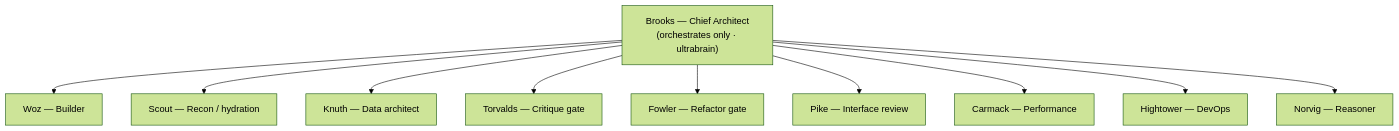
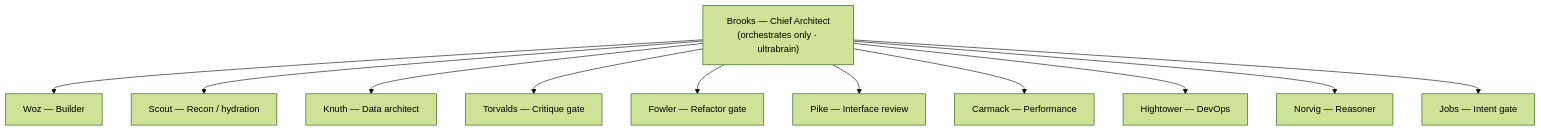
One commit to Allura-Ecosystem/Allura-ecosystem changed the second of 5 diagrams in docs/ARCHITECTURE.md. Above: the diagram before and after it, drawn with Mermaid (forest theme). The commit also changed other lines of this file and 101 other files, not shown here.

````diff
--- a/docs/ARCHITECTURE.md
+++ b/docs/ARCHITECTURE.md
@@ -53,13 +82,15 @@
 ```mermaid
 graph TD
   B["Brooks — Chief Architect<br/>(orchestrates only · ultrabrain)"]
+  J["Jobs — Intent gate"]
   B --> W["Woz — Builder"]
   B --> S["Scout — Recon / hydration"]
   B --> K["Knuth — Data architect"]
   B --> T["Torvalds — Critique gate"]
   B --> F["Fowler — Refactor gate"]
   B --> P["Pike — Interface review"]
   B --> C["Carmack — Performance"]
   B --> H["Hightower — DevOps"]
   B --> N["Norvig — Reasoner"]
+  B --> J
 ```
````
